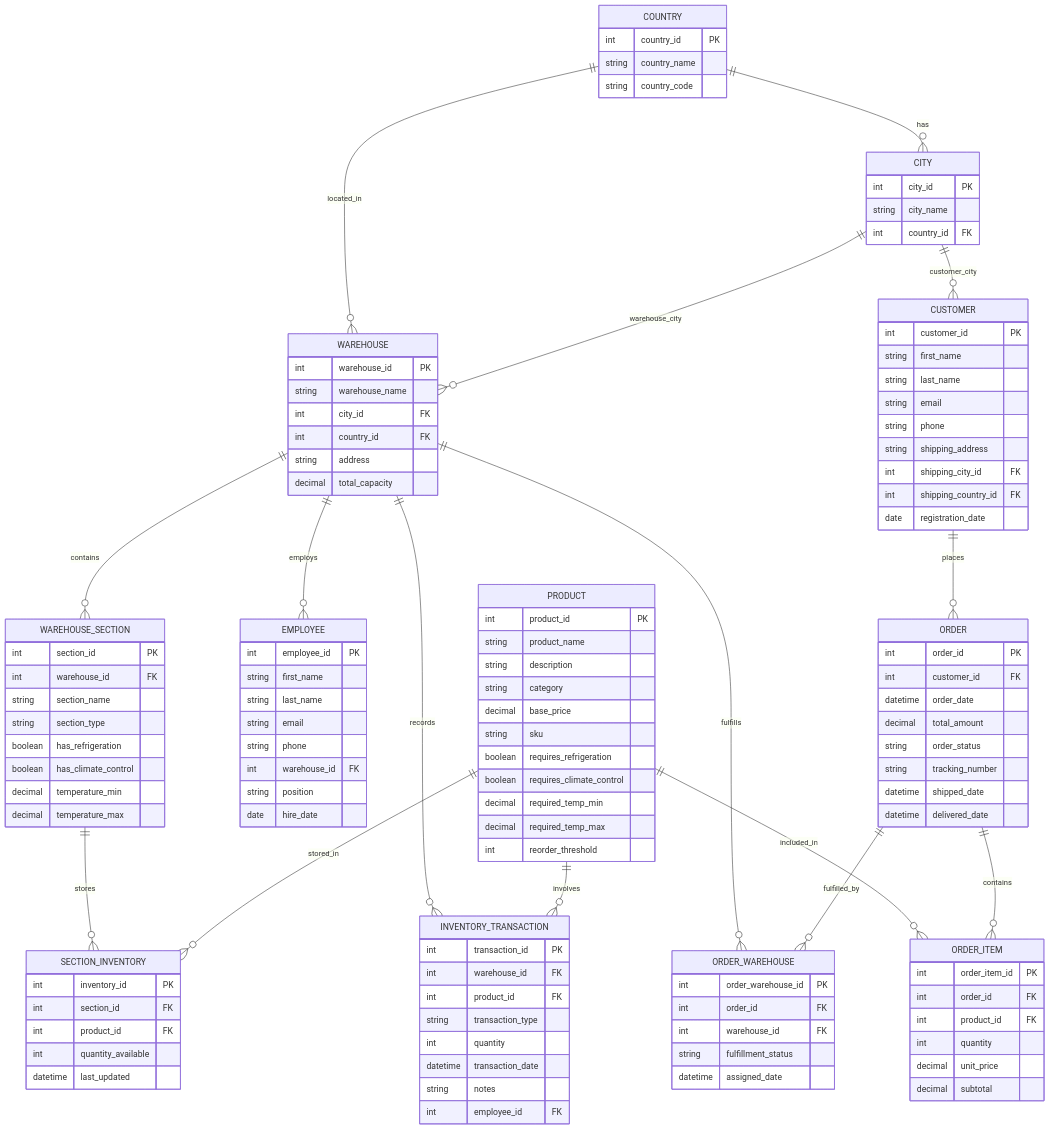
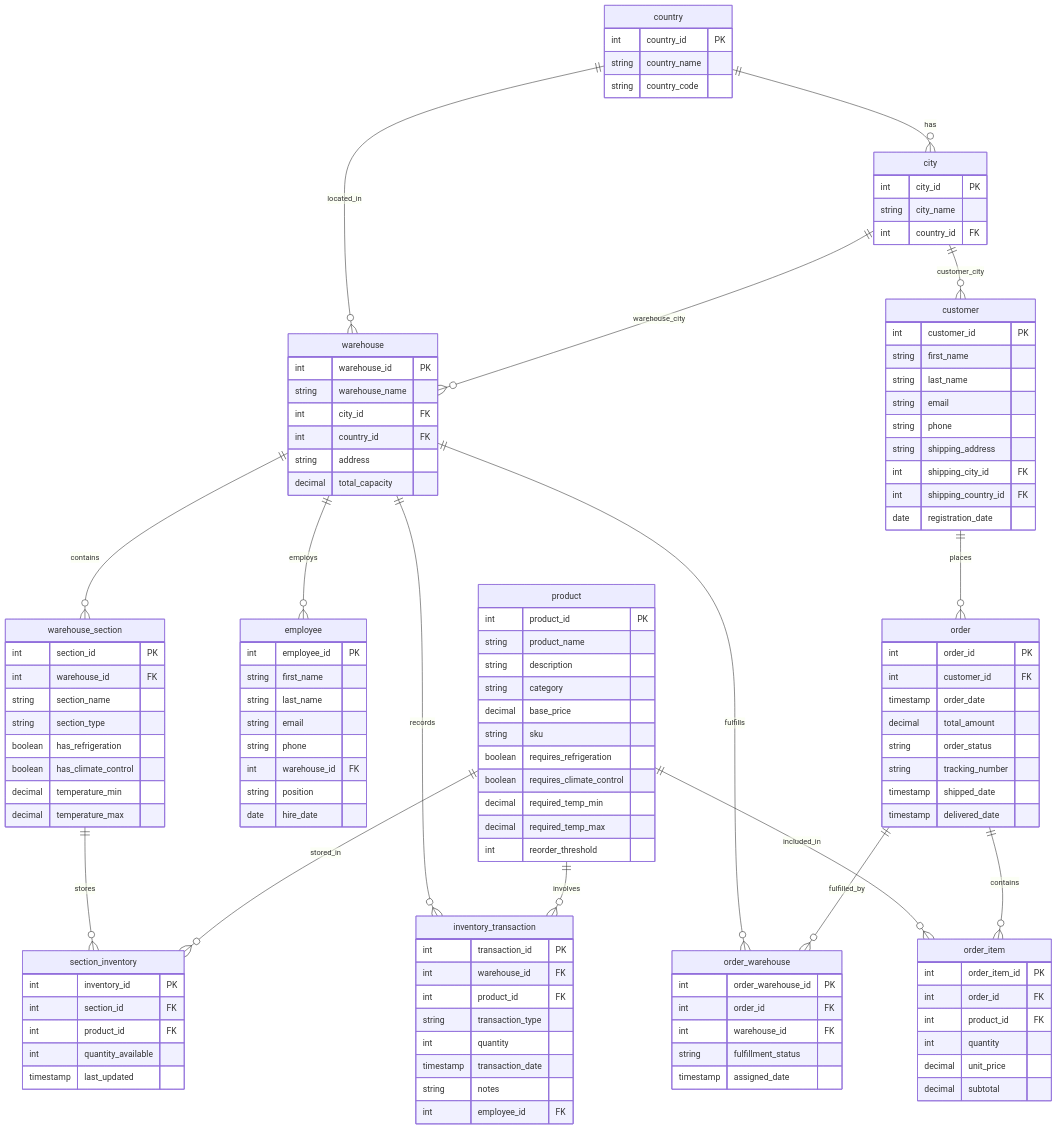
The diagram in ER.md (carlospepin23/db_hw), drawn with Mermaid before and after one commit. The commit also changed 13 other files, not shown here.

Commit message:
Queries Tested + ER, Tables updated

````diff
--- a/ER.md
+++ b/ER.md
@@ -1,26 +1,26 @@
 ```mermaid
 erDiagram
-    COUNTRY ||--o{ CITY : "has"
-    COUNTRY ||--o{ WAREHOUSE : "located_in"
-    COUNTRY {
+    country ||--o{ city : "has"
+    country ||--o{ warehouse : "located_in"
+    country {
         int country_id PK
         string country_name
         string country_code
     }
 
-    CITY ||--o{ WAREHOUSE : "warehouse_city"
-    CITY ||--o{ CUSTOMER : "customer_city"
-    CITY {
+    city ||--o{ warehouse : "warehouse_city"
+    city ||--o{ customer : "customer_city"
+    city {
         int city_id PK
         string city_name
         int country_id FK
     }
 
-    WAREHOUSE ||--o{ WAREHOUSE_SECTION : "contains"
-    WAREHOUSE ||--o{ EMPLOYEE : "employs"
-    WAREHOUSE ||--o{ INVENTORY_TRANSACTION : "records"
-    WAREHOUSE ||--o{ ORDER_WAREHOUSE : "fulfills"
-    WAREHOUSE {
+    warehouse ||--o{ warehouse_section : "contains"
+    warehouse ||--o{ employee : "employs"
+    warehouse ||--o{ inventory_transaction : "records"
+    warehouse ||--o{ order_warehouse : "fulfills"
+    warehouse {
         int warehouse_id PK
         string warehouse_name
         int city_id FK
@@ -29,8 +29,8 @@
         decimal total_capacity
     }
 
-    WAREHOUSE_SECTION ||--o{ SECTION_INVENTORY : "stores"
-    WAREHOUSE_SECTION {
+    warehouse_section ||--o{ section_inventory : "stores"
+    warehouse_section {
         int section_id PK
         int warehouse_id FK
         string section_name
@@ -41,10 +41,10 @@
         decimal temperature_max
     }
 
-    PRODUCT ||--o{ SECTION_INVENTORY : "stored_in"
-    PRODUCT ||--o{ INVENTORY_TRANSACTION : "involves"
-    PRODUCT ||--o{ ORDER_ITEM : "included_in"
-    PRODUCT {
+    product ||--o{ section_inventory : "stored_in"
+    product ||--o{ inventory_transaction : "involves"
+    product ||--o{ order_item : "included_in"
+    product {
         int product_id PK
         string product_name
         string description
@@ -58,26 +58,26 @@
         int reorder_threshold
     }
 
-    SECTION_INVENTORY {
+    section_inventory {
         int inventory_id PK
         int section_id FK
         int product_id FK
         int quantity_available
-        datetime last_updated
+        timestamp last_updated
     }
 
-    INVENTORY_TRANSACTION {
+    inventory_transaction {
         int transaction_id PK
         int warehouse_id FK
         int product_id FK
         string transaction_type
         int quantity
-        datetime transaction_date
+        timestamp transaction_date
         string notes
         int employee_id FK
     }
 
-    EMPLOYEE {
+    employee {
         int employee_id PK
         string first_name
         string last_name
@@ -88,8 +88,8 @@
         date hire_date
     }
 
-    CUSTOMER ||--o{ ORDER : "places"
-    CUSTOMER {
+    customer ||--o{ order : "places"
+    customer {
         int customer_id PK
         string first_name
         string last_name
@@ -101,20 +101,20 @@
         date registration_date
     }
 
-    ORDER ||--o{ ORDER_ITEM : "contains"
-    ORDER ||--o{ ORDER_WAREHOUSE : "fulfilled_by"
-    ORDER {
+    order ||--o{ order_item : "contains"
+    order ||--o{ order_warehouse : "fulfilled_by"
+    order {
         int order_id PK
         int customer_id FK
-        datetime order_date
+        timestamp order_date
         decimal total_amount
         string order_status
         string tracking_number
-        datetime shipped_date
-        datetime delivered_date
+        timestamp shipped_date
+        timestamp delivered_date
     }
 
-    ORDER_ITEM {
+    order_item {
         int order_item_id PK
         int order_id FK
         int product_id FK
@@ -123,11 +123,11 @@
         decimal subtotal
     }
 
-    ORDER_WAREHOUSE {
+    order_warehouse {
         int order_warehouse_id PK
         int order_id FK
         int warehouse_id FK
         string fulfillment_status
-        datetime assigned_date
+        timestamp assigned_date
     }
 ```
````
